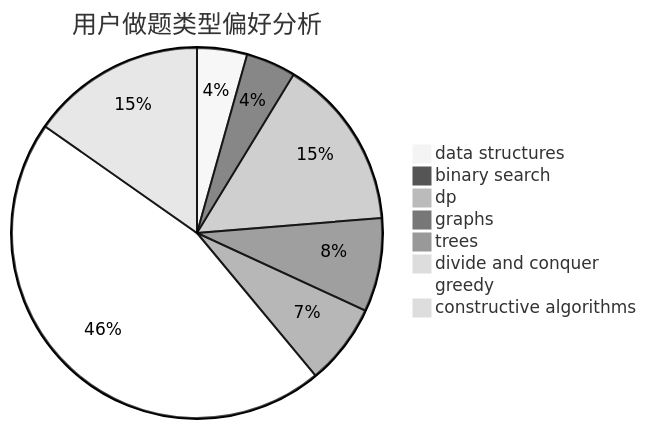
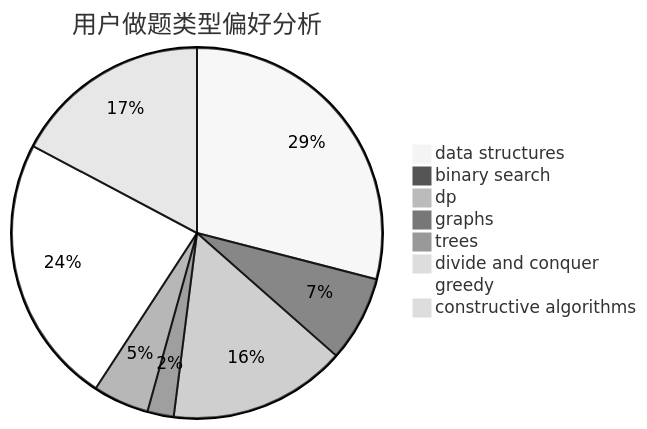
The second of 3 diagrams in docs/user/u262.md (sherpahu/cfrs.github.io), drawn with Mermaid (neutral theme) before and after one commit. The commit also changed other lines of this file and 2770 other files, not shown here.

````diff
--- a/docs/user/u262.md
+++ b/docs/user/u262.md
@@ -23,11 +23,11 @@
 ```mermaid
 pie title 用户做题类型偏好分析
-    "data structures" :  16
-    "binary search" :  16
-    "dp" :  55
-    "graphs" :  30
-    "trees" :  26
+    "data structures" :  101
+    "binary search" :  26
+    "dp" :  54
+    "graphs" :  8
+    "trees" :  17
     "divide and conquer" :  0
-    "greedy" :  168
-    "constructive algorithms" :  56
+    "greedy" :  82
+    "constructive algorithms" :  60
 ```
````
